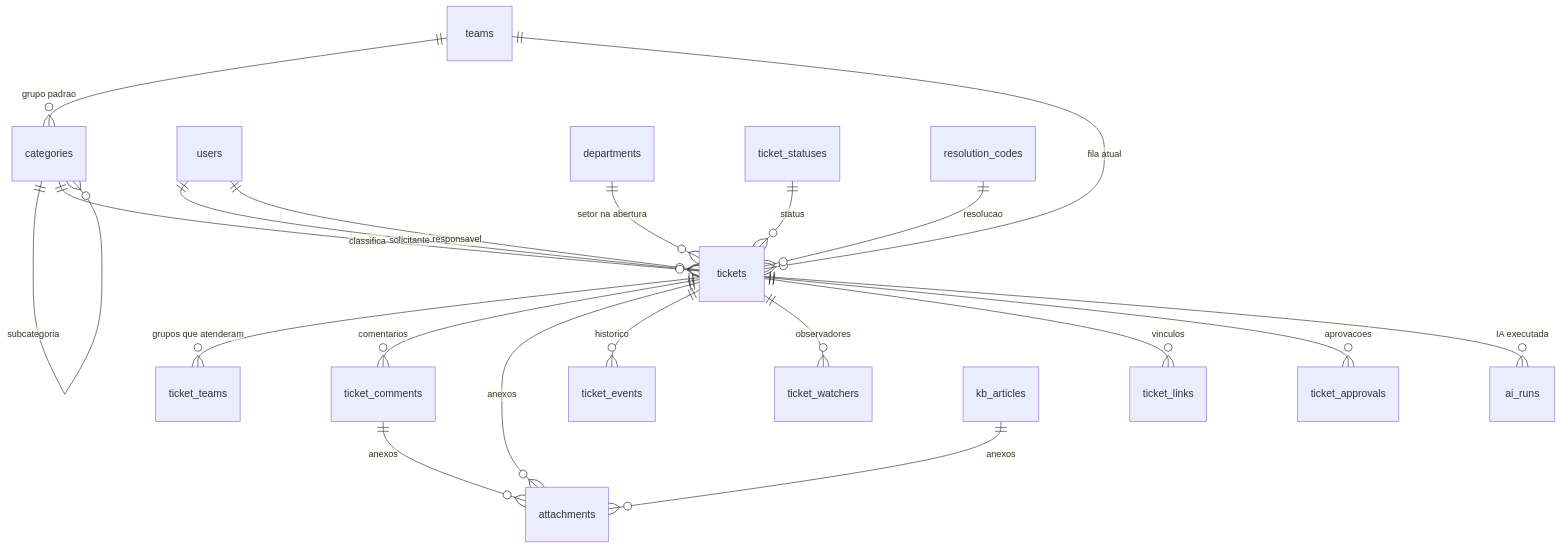
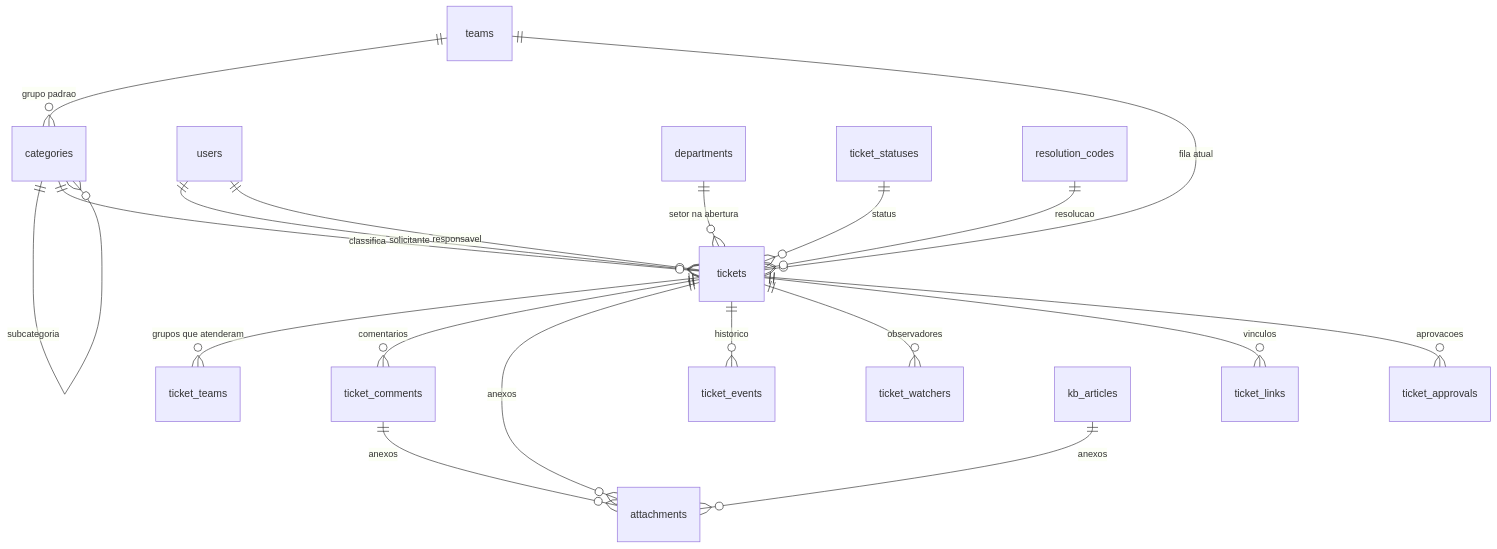
Before and after one commit to 0LB-i/ticketflow: the second of 2 diagrams in docs/04-modelo-de-dados.md, drawn with Mermaid. The commit also changed other lines of this file and 21 other files, not shown here.

````diff
--- a/docs/04-modelo-de-dados.md
+++ b/docs/04-modelo-de-dados.md
@@ -29,22 +29,21 @@
 ```mermaid
 erDiagram
     categories ||--o{ categories : subcategoria
     teams ||--o{ categories : "grupo padrao"
     users ||--o{ tickets : solicitante
     users ||--o{ tickets : responsavel
     departments ||--o{ tickets : "setor na abertura"
     teams ||--o{ tickets : "fila atual"
     categories ||--o{ tickets : classifica
     ticket_statuses ||--o{ tickets : status
     resolution_codes ||--o{ tickets : resolucao
     tickets ||--o{ ticket_teams : "grupos que atenderam"
     tickets ||--o{ ticket_comments : comentarios
     tickets ||--o{ attachments : anexos
     ticket_comments ||--o{ attachments : anexos
     tickets ||--o{ ticket_events : historico
     tickets ||--o{ ticket_watchers : observadores
     tickets ||--o{ ticket_links : vinculos
     tickets ||--o{ ticket_approvals : aprovacoes
     kb_articles ||--o{ attachments : anexos
-    tickets ||--o{ ai_runs : "IA executada"
 ```
````
